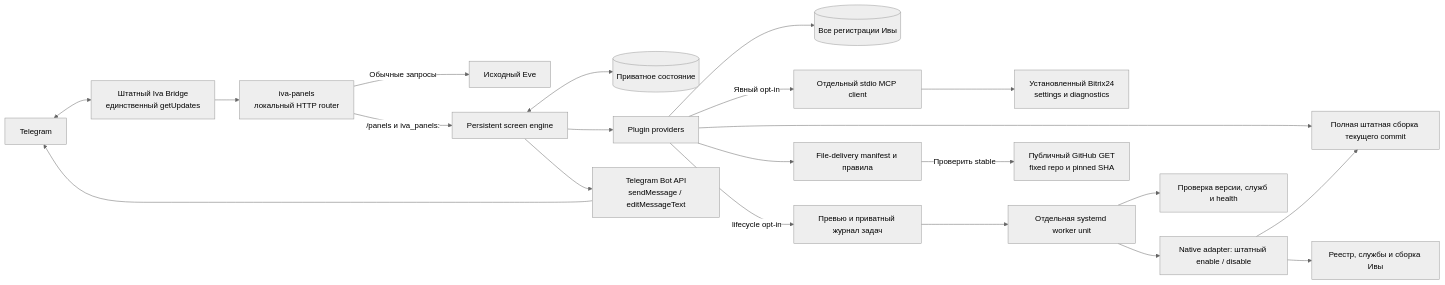
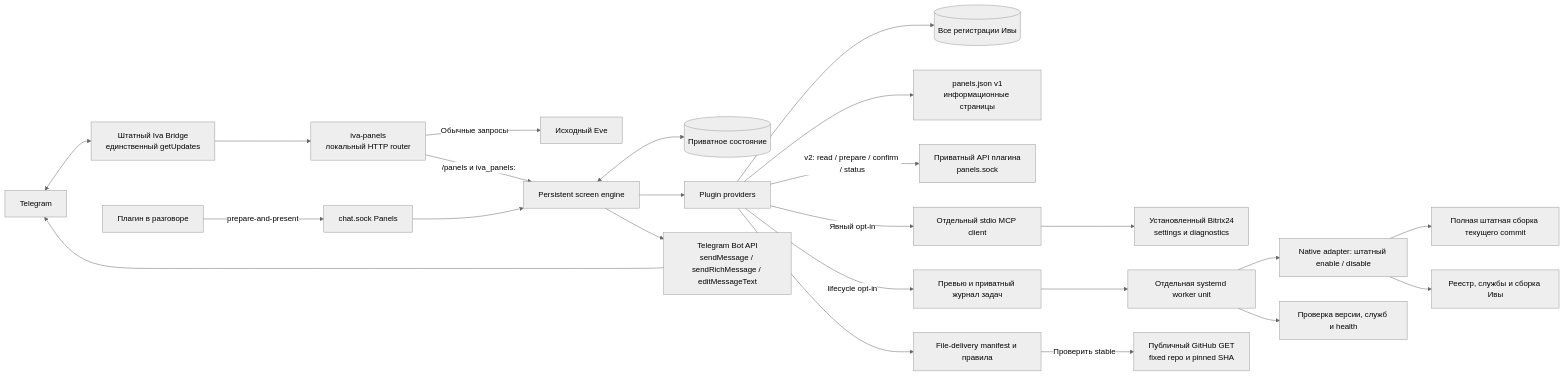
Before and after one commit to mamysh/iva-panels: the first of 2 diagrams in docs/ARCHITECTURE.md, drawn with Mermaid (neutral theme). The commit also changed other lines of this file and 40 other files, not shown here.

First line of the commit message:
Panels 0.3 RC: chat cards and integration toolkit (#3)

````diff
--- a/docs/ARCHITECTURE.md
+++ b/docs/ARCHITECTURE.md
@@ -5,29 +5,33 @@
 ```mermaid
 flowchart LR
     T[Telegram] <--> B[Штатный Iva Bridge
 единственный getUpdates]
     B --> R[iva-panels
 локальный HTTP router]
     R -->|Обычные запросы| E[Исходный Eve]
     R -->|/panels и iva_panels:| S[Persistent screen engine]
     S <--> D[(Приватное состояние)]
     S --> P[Plugin providers]
     P --> I[(Все регистрации Ивы)]
-    P --> V[Validated panels.json v1
+    P --> V[panels.json v1
 информационные страницы]
+    P -->|v2: read / prepare / confirm / status| Q[Приватный API плагина
+panels.sock]
+    X2[Плагин в разговоре] -->|prepare-and-present| C2[chat.sock Panels]
+    C2 --> S
     P -->|Явный opt-in| C[Отдельный stdio MCP client]
     C --> X[Установленный Bitrix24
 settings и diagnostics]
     P -->|lifecycle opt-in| L[Превью и приватный журнал задач]
     L --> W[Отдельная systemd worker unit]
     W --> N[Native adapter: штатный enable / disable]
-    N --> V[Полная штатная сборка текущего commit]
+    N --> Build[Полная штатная сборка текущего commit]
     N --> U[Реестр, службы и сборка Ивы]
     W --> H[Проверка версии, служб и health]
     P --> F[File-delivery manifest и правила]
     F -->|Проверить stable| G[Публичный GitHub GET
 fixed repo и pinned SHA]
     S --> A[Telegram Bot API
-sendMessage / editMessageText]
+sendMessage / sendRichMessage / editMessageText]
     A --> T
 ```
````
